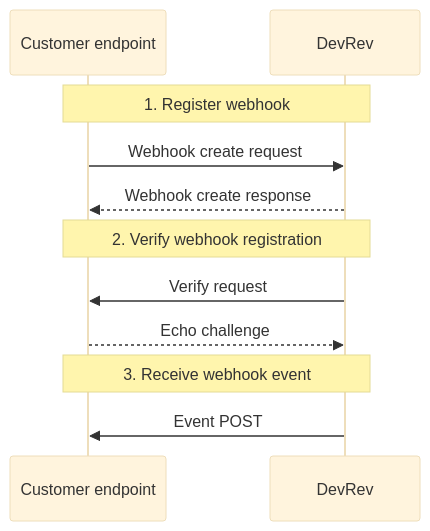
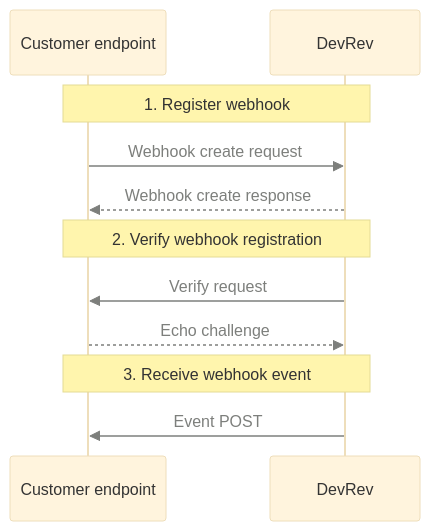
Before and after one commit to devrev/fern-api-docs: the diagram in fern/docs/pages/webhooks.mdx, drawn with Mermaid. The commit also changed 4 other files, not shown here.

````diff
--- a/fern/docs/pages/webhooks.mdx
+++ b/fern/docs/pages/webhooks.mdx
@@ -17,19 +17,18 @@
 ```mermaid
 sequenceDiagram
-%%{
-  init: {
+%%{init: {
     'theme': 'base',
     'themeVariables': {
-        'fontFamily': 'Segoe UI'
-    }
-  }
-}%%
+        'fontFamily': 'Segoe UI',
+        'signalColor': '#7d7f7c',
+        'signalTextColor': '#7d7f7c'
+}}}%%
 Note over Customer endpoint,DevRev: 1. Register webhook
 Customer endpoint ->> DevRev: Webhook create request
 DevRev -->> Customer endpoint: Webhook create response
 Note over Customer endpoint,DevRev: 2. Verify webhook registration
 DevRev ->> Customer endpoint: Verify request
 Customer endpoint -->> DevRev: Echo challenge
 Note over Customer endpoint,DevRev: 3. Receive webhook event
 DevRev ->> Customer endpoint: Event POST
 ```
````
